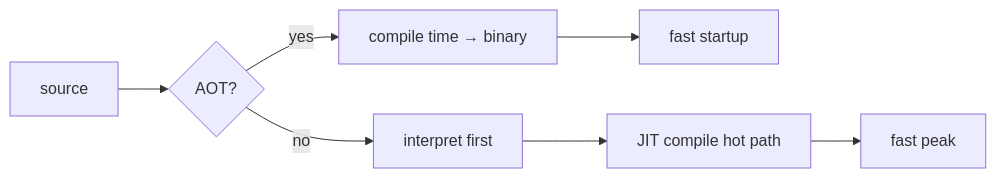
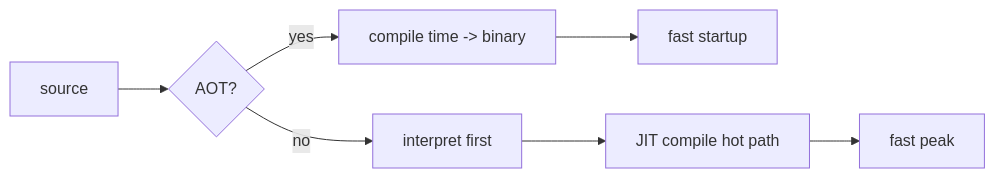
Before and after one commit to yeongseon-books/book-content: the diagram in content/compilers-101/ko/09-jit-vs-aot.md, drawn with Mermaid. The commit also changed other lines of this file and 9 other files, not shown here.

````diff
--- a/content/compilers-101/ko/09-jit-vs-aot.md
+++ b/content/compilers-101/ko/09-jit-vs-aot.md
@@ -36,9 +46,9 @@
 ```mermaid
 flowchart LR
     A["source"] --> B{"AOT?"}
-    B -- yes --> C["compile time → binary"]
+    B -- yes --> C["compile time -> binary"]
     C --> D["fast startup"]
     B -- no --> E["interpret first"]
     E --> F["JIT compile hot path"]
     F --> G["fast peak"]
 ```
````
